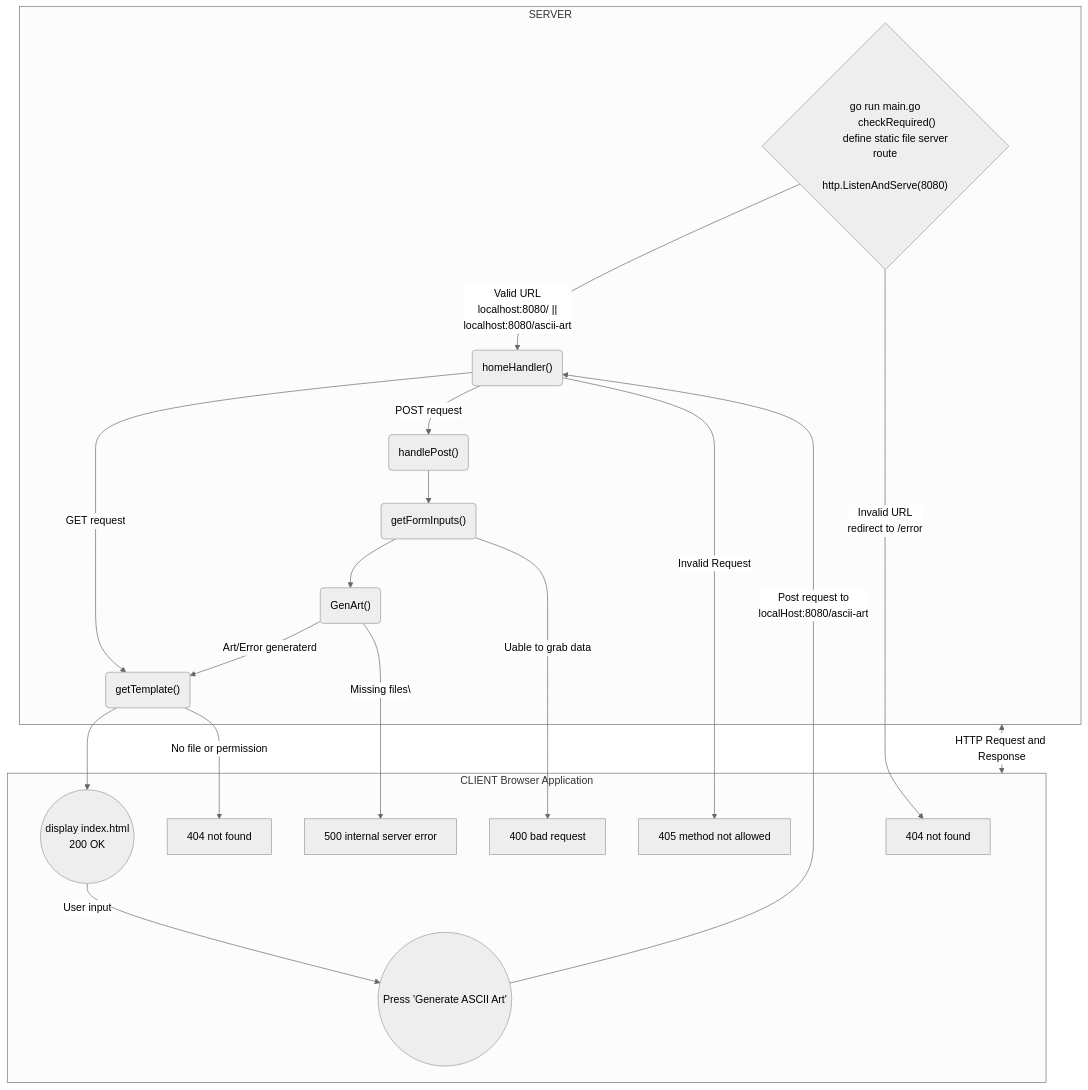
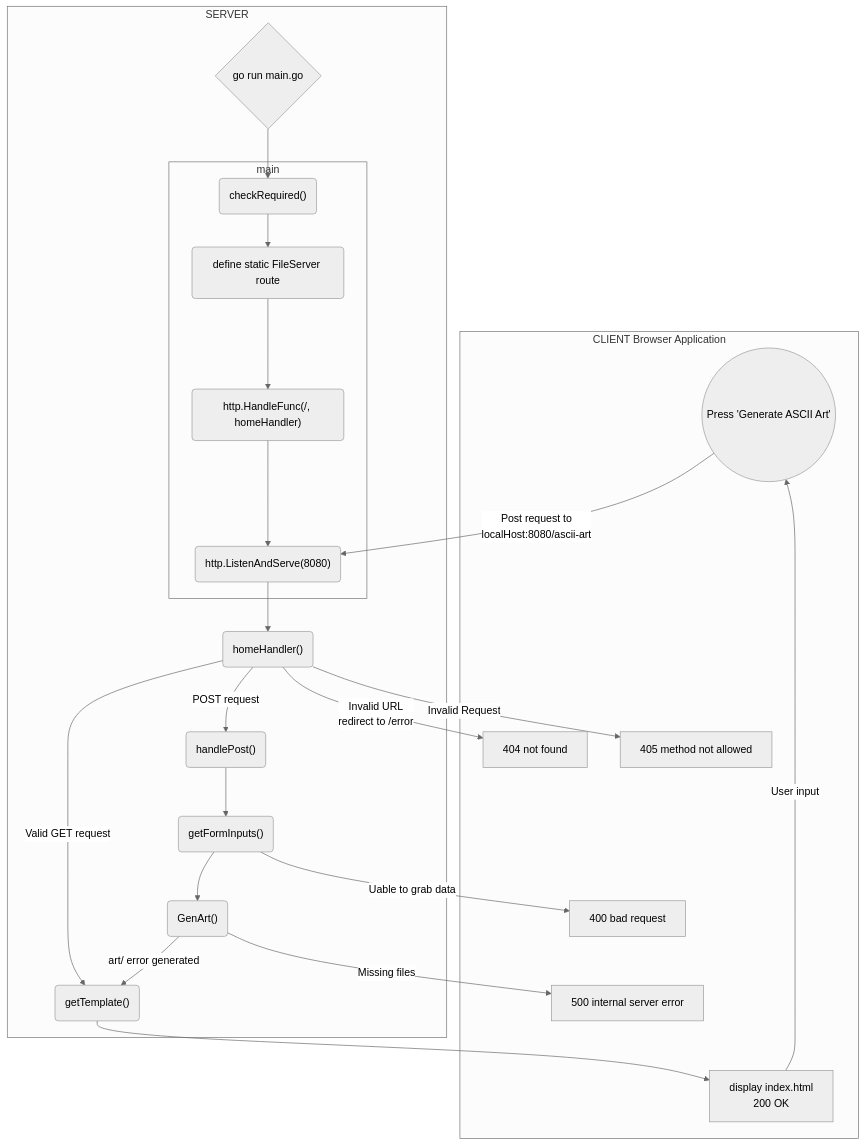
The diagram in README.md (OthmaneAfilali/ascii-art-web-Refactor), drawn with Mermaid (neutral theme) before and after one commit. The commit also changed other lines of this file, not shown here.

````diff
--- a/README.md
+++ b/README.md
@@ -34,55 +41,44 @@
 ```mermaid
 flowchart TB
+    subgraph client [CLIENT Browser Application]
+        pressBtn((Press 'Generate ASCII Art'))
+        invalidURL["404 not found"]
+        inValidRq["405 method not allowed"]
+        rFormErr["400 bad request"]
+        missing["500 internal server error"]
+        index["display index.html
+        200 OK"]
+    end
+
     subgraph server [SERVER]
-        start{"go run main.go
-        checkRequired()
-        define static file server route
-        http.ListenAndServe(8080)"}
+        start{"go run main.go"}
+        subgraph main
+            checkReq("checkRequired()")
+            static("define static FileServer route")
+            register("http.HandleFunc(/, homeHandler)")
+            listener("http.ListenAndServe(8080)")
+        end
         homeFn("homeHandler()")
         rForm("getFormInputs()")
         genArt("GenArt()")
         template("getTemplate()")
         handlePost("handlePost()")
+
+        start --> checkReq--> static -->register--> listener--> homeFn;
+        homeFn-->
+        |Valid GET request|template-->
+        index--User input-->
+        pressBtn-->
+        |Post request to
+        localHost:8080/ascii-art| listener;
+        homeFn-->
+        |POST request|handlePost-->
+        rForm-->genArt-->|art/ error generated|template;
     end
 
-    subgraph client [CLIENT Browser Application]
-        invalidURL["404 not found"]
-        inValidRq["405 method not allowed"]
-        tempErr["404 not found "]
-        rFormErr["400 bad request"]
-        missing["500 internal server error"]
-        index(("display index.html
-        200 OK"))
-        pressBtn((Press 'Generate ASCII Art'))
-    end
-
-    server<-->|HTTP Request and Response| client;
-   
-    start--
-    Valid URL
-    localhost:8080/ || 
-    localhost:8080/ascii-art
-    -->homeFn;
-    start--Invalid URL
+    homeFn--Invalid URL
     redirect to /error-->invalidURL;
-    
-    homeFn--GET request-->
-    template-->
-    index--User input-->
-    pressBtn;
-    
-    homeFn--POST request-->handlePost-->
-    rForm-->
-    genArt--Art/Error generaterd-->
-    template;
-
-    pressBtn--
-    Post request to
-    localHost:8080/ascii-art
-    -->homeFn;
-    
     homeFn--Invalid Request-->inValidRq;
     rForm--Uable to grab data-->rFormErr;
-    genArt--Missing files\-->missing;
-    template--No file or permission-->tempErr;
+    genArt--Missing files-->missing;
 ```
````
